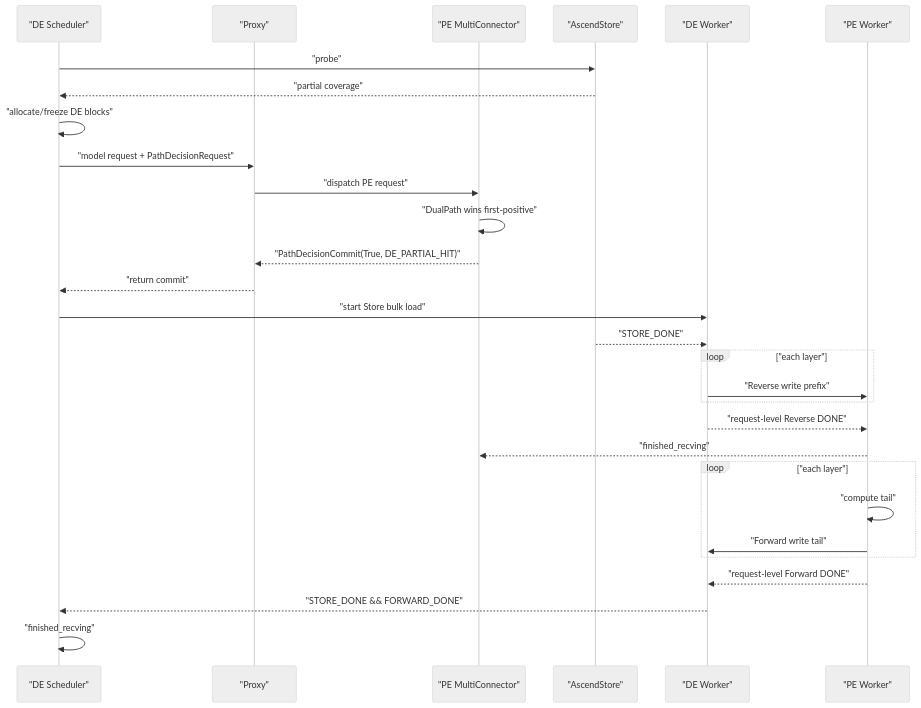
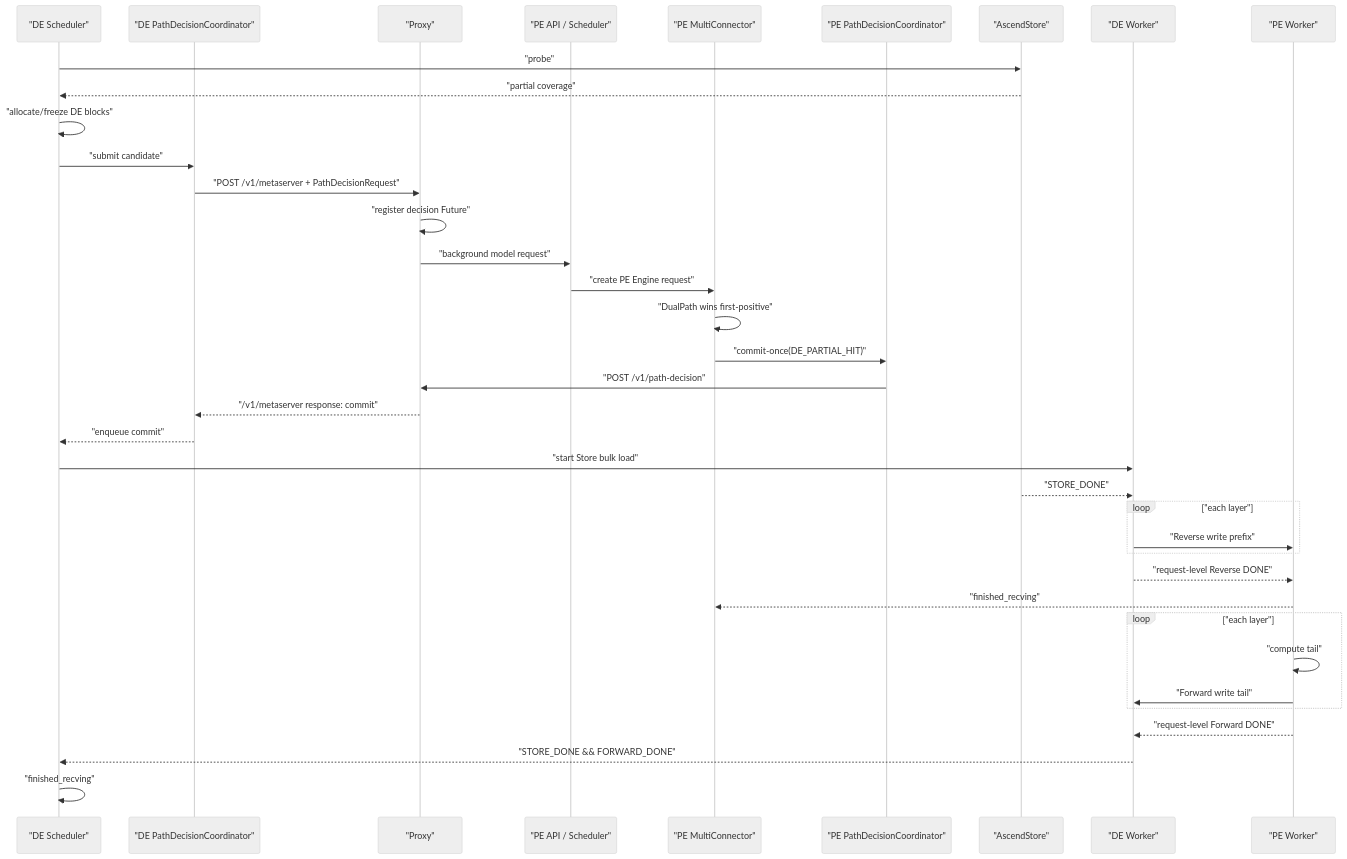
Before and after one commit to mazifan0120/vllm-ascend: the seventh of 7 diagrams in docs/superpowers/specs/2026-07-23-dual-path-connector-stage1-option-a-detailed-design.md, drawn with Mermaid (neutral theme). The commit also changed other lines of this file and 1 other file, not shown here.

First line of the commit message:
docs: clarify DE_LOCAL_FULL_HIT admission in DualPath Option A design

````diff
--- a/docs/superpowers/specs/2026-07-23-dual-path-connector-stage1-option-a-detailed-design.md
+++ b/docs/superpowers/specs/2026-07-23-dual-path-connector-stage1-option-a-detailed-design.md
@@ -1096,32 +1534,40 @@
 ```mermaid
 sequenceDiagram
     participant DES as "DE Scheduler"
+    participant DEC as "DE PathDecisionCoordinator"
     participant Proxy as "Proxy"
+    participant PE as "PE API / Scheduler"
     participant Multi as "PE MultiConnector"
+    participant PEC as "PE PathDecisionCoordinator"
     participant Store as "AscendStore"
     participant DEW as "DE Worker"
     participant PEW as "PE Worker"
 
     DES->>Store: "probe"
     Store-->>DES: "partial coverage"
     DES->>DES: "allocate/freeze DE blocks"
-    DES->>Proxy: "model request + PathDecisionRequest"
-    Proxy->>Multi: "dispatch PE request"
+    DES->>DEC: "submit candidate"
+    DEC->>Proxy: "POST /v1/metaserver + PathDecisionRequest"
+    Proxy->>Proxy: "register decision Future"
+    Proxy->>PE: "background model request"
+    PE->>Multi: "create PE Engine request"
     Multi->>Multi: "DualPath wins first-positive"
-    Multi-->>Proxy: "PathDecisionCommit(True, DE_PARTIAL_HIT)"
-    Proxy-->>DES: "return commit"
+    Multi->>PEC: "commit-once(DE_PARTIAL_HIT)"
+    PEC->>Proxy: "POST /v1/path-decision"
+    Proxy-->>DEC: "/v1/metaserver response: commit"
+    DEC-->>DES: "enqueue commit"
     DES->>DEW: "start Store bulk load"
     Store-->>DEW: "STORE_DONE"
     loop "each layer"
         DEW->>PEW: "Reverse write prefix"
     end
     DEW-->>PEW: "request-level Reverse DONE"
     PEW-->>Multi: "finished_recving"
     loop "each layer"
         PEW->>PEW: "compute tail"
         PEW->>DEW: "Forward write tail"
     end
     PEW-->>DEW: "request-level Forward DONE"
     DEW-->>DES: "STORE_DONE && FORWARD_DONE"
     DES->>DES: "finished_recving"
 ```
````
